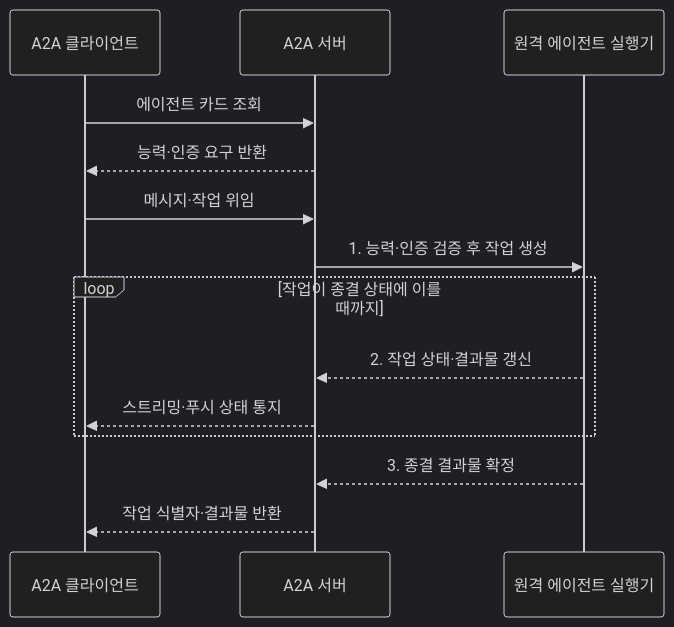
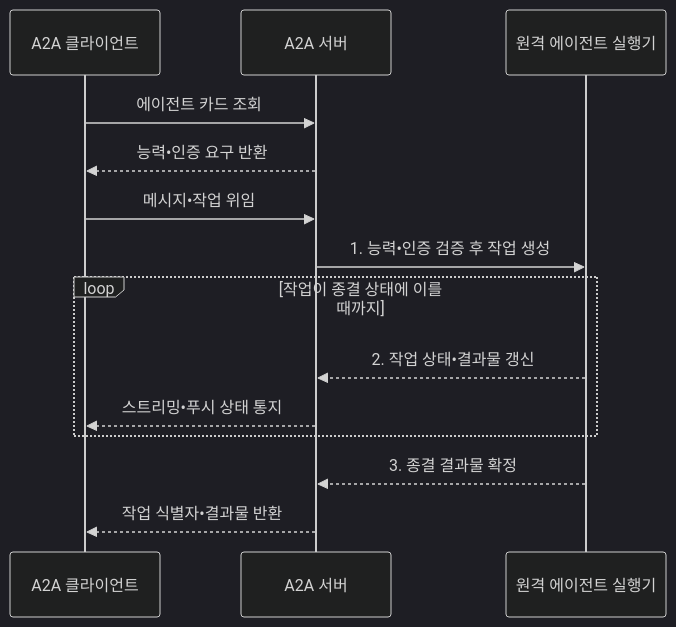
One commit to agnusdei1207/knowledge-base changed the second of 2 diagrams in src/content/docs/notes/08-latest-tech/012_agent_to_agent_protocol.md. Above: the diagram before and after it, drawn with Mermaid (dark theme). The commit also changed other lines of this file and 953 other files, not shown here.

````diff
--- a/src/content/docs/notes/08-latest-tech/012_agent_to_agent_protocol.md
+++ b/src/content/docs/notes/08-latest-tech/012_agent_to_agent_protocol.md
@@ -111,16 +111,16 @@
 ```mermaid
 sequenceDiagram
     participant C as A2A 클라이언트
     participant S as A2A 서버
     participant W as 원격 에이전트 실행기
     C->>S: 에이전트 카드 조회
-    S-->>C: 능력·인증 요구 반환
-    C->>S: 메시지·작업 위임
-    S->>W: 1. 능력·인증 검증 후 작업 생성
+    S-->>C: 능력•인증 요구 반환
+    C->>S: 메시지•작업 위임
+    S->>W: 1. 능력•인증 검증 후 작업 생성
     loop 작업이 종결 상태에 이를 때까지
-        W-->>S: 2. 작업 상태·결과물 갱신
-        S-->>C: 스트리밍·푸시 상태 통지
+        W-->>S: 2. 작업 상태•결과물 갱신
+        S-->>C: 스트리밍•푸시 상태 통지
     end
     W-->>S: 3. 종결 결과물 확정
-    S-->>C: 작업 식별자·결과물 반환
+    S-->>C: 작업 식별자•결과물 반환
 ```
````
